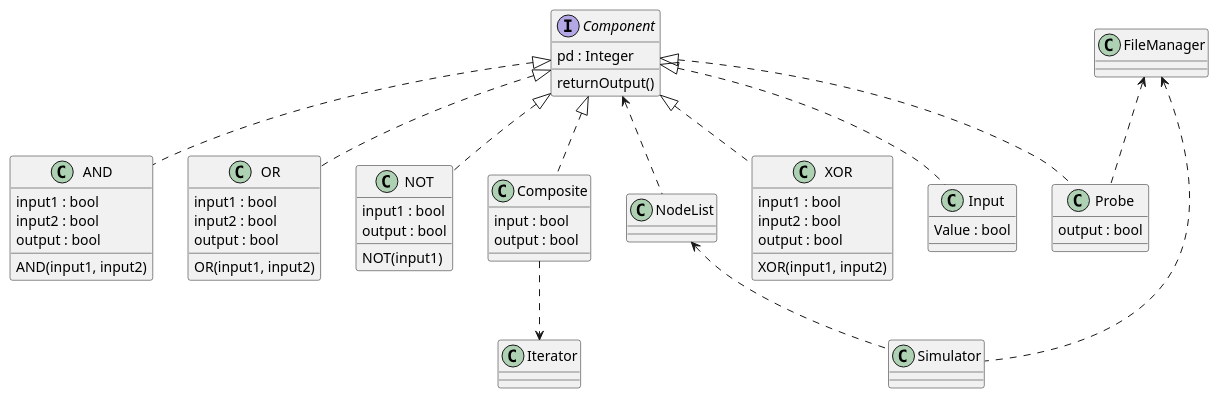
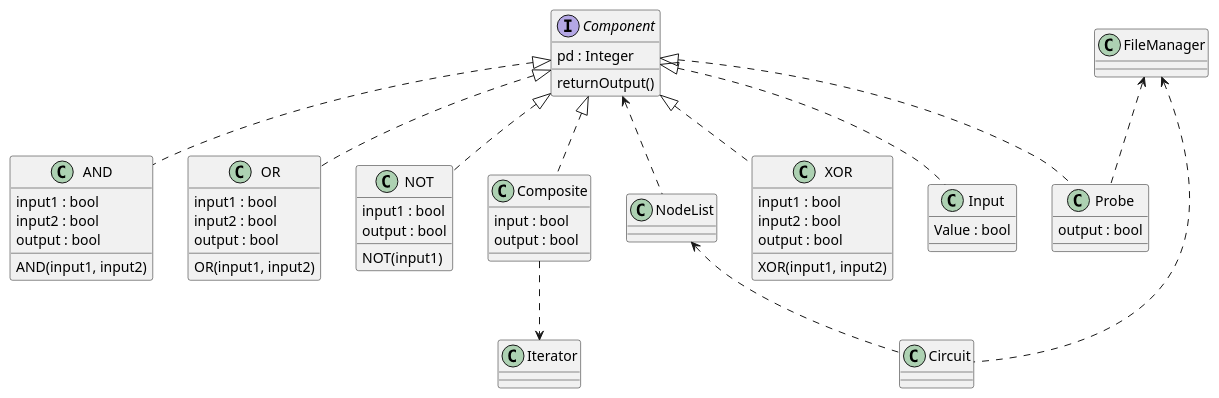
Before and after one commit to AngelVillanueva5/DesignPatterns: the diagram in design.md, drawn with PlantUML. The commit also changed other lines of this file, not shown here.

Commit message:
Feedback

```diff
--- a/design.md
+++ b/design.md
@@ -1,56 +1,56 @@
  @startuml
 interface Component {
   pd : Integer
   returnOutput()
 }
-class Simulator
+class Circuit
 class AND {
 AND(input1, input2)
 input1 : bool
 input2 : bool
 output : bool
 }
 class OR {
 OR(input1, input2)
 input1 : bool
 input2 : bool
 output : bool
 }
 class NOT {
 NOT(input1)
 input1 : bool
 output : bool
 }
 class Composite {
  input : bool
  output : bool
 }
 class NodeList
 class XOR {
 XOR(input1, input2)
 input1 : bool
 input2 : bool
 output : bool
 }
 class Probe {
 output : bool
 }
 class Input {
 Value : bool
 }
 class FileManager
 class Iterator
 
 Component <|.. AND
 Component <|.. OR
 Component <|.. Composite
 Component <|.. XOR
 Component <|.. Probe
 Component <|.. NOT
 Component <|.. Input
 Composite ..> Iterator
-NodeList <.. Simulator
+NodeList <.. Circuit
 Component <.. NodeList
-FileManager <.. Simulator
+FileManager <.. Circuit
 FileManager <.. Probe
 @enduml
```
